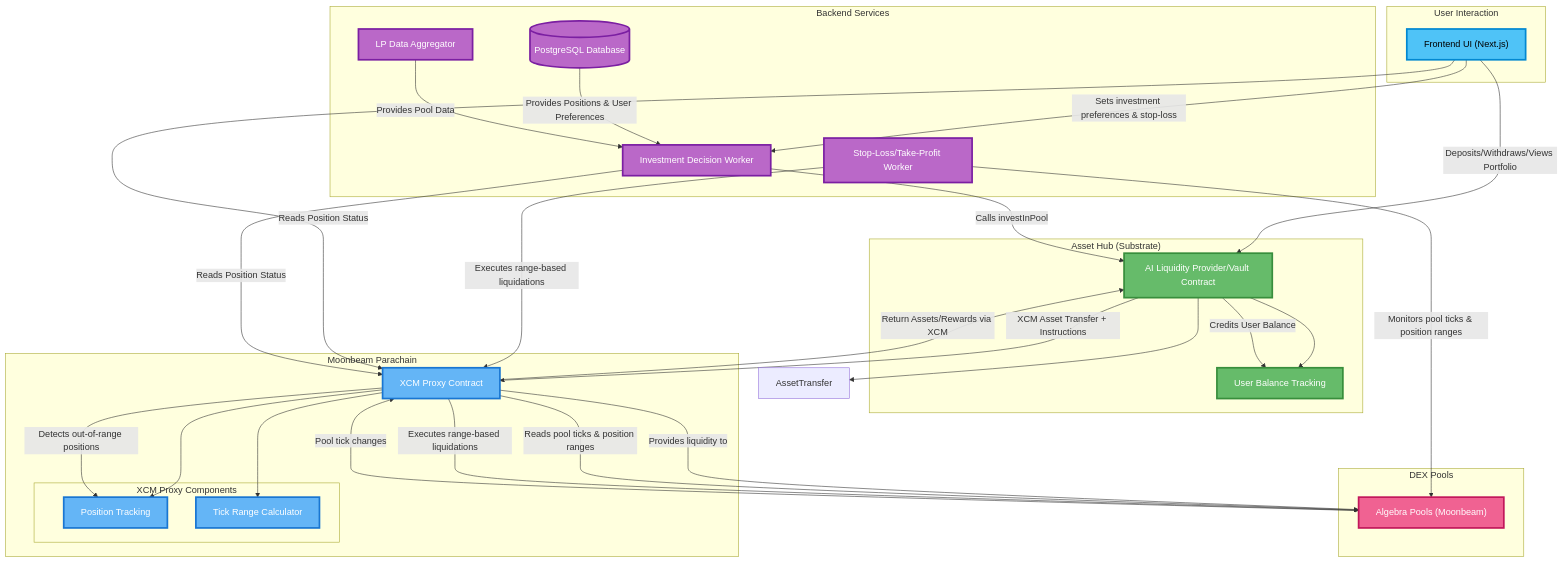
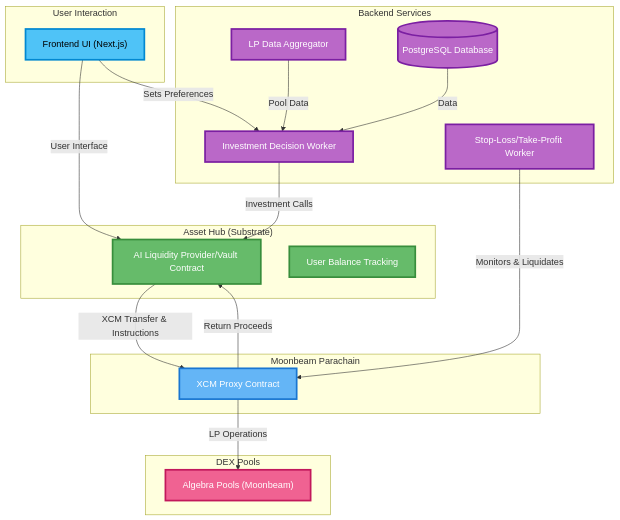
The diagram in applications/LiquiDot.md (w3f/Grants-Program), drawn with Mermaid before and after one commit.

Commit message:
mermaid refactor

````diff
--- a/applications/LiquiDot.md
+++ b/applications/LiquiDot.md
@@ -29,72 +29,51 @@
 ```mermaid
 graph TB
     subgraph User["User Interaction"]
         Frontend["Frontend UI (Next.js)"]
     end
 
     subgraph Backend["Backend Services"]
         PoolAnalytics["LP Data Aggregator"]
         IDWorker["Investment Decision Worker"]
         StopLossWorker["Stop-Loss/Take-Profit Worker"]
         PostgreSQL[(PostgreSQL Database)]
     end
 
     subgraph AssetHub["Asset Hub (Substrate)"]
         AssetsPallet["AI Liquidity Provider/Vault Contract"]
         UserBalances["User Balance Tracking"]
     end
 
     subgraph Moonbeam["Moonbeam Parachain"]
         XCMProxy["XCM Proxy Contract"]
-        subgraph XCMProxyComponents["XCM Proxy Components"]
-            PositionTracking["Position Tracking"]
-            RangeCalculator["Tick Range Calculator"]
-        end
     end
 
     subgraph DEXes["DEX Pools"]
         AlgebraPools["Algebra Pools (Moonbeam)"]
     end
 
-    Frontend -->|Deposits/Withdraws/Views Portfolio| AssetsPallet
-    Frontend -->|Sets investment preferences & stop-loss| IDWorker
+    Frontend -->|User Interface| AssetsPallet
+    Frontend -->|Sets Preferences| IDWorker
 
-    AssetsPallet --> UserBalances
-    AssetsPallet --> AssetTransfer
+    PostgreSQL -->|Data| IDWorker
+    PoolAnalytics -->|Pool Data| IDWorker
+    IDWorker -->|Investment Calls| AssetsPallet
 
-    PostgreSQL -->|Provides Positions & User Preferences| IDWorker
-    PoolAnalytics -->|Provides Pool Data| IDWorker
-    IDWorker -->|Calls investInPool| AssetsPallet
+    AssetsPallet -->|XCM Transfer & Instructions| XCMProxy
+    XCMProxy -->|LP Operations| AlgebraPools
+    XCMProxy -->|Return Proceeds| AssetsPallet
 
-    StopLossWorker -->|Monitors pool ticks & position ranges| AlgebraPools
-    StopLossWorker -->|Executes range-based liquidations| XCMProxy
-
-    AssetsPallet -->|XCM Asset Transfer + Instructions| XCMProxy
-
-    XCMProxy --> PositionTracking
-    XCMProxy --> RangeCalculator
-    XCMProxy -->|Provides liquidity to| AlgebraPools
-    XCMProxy -->|Reads pool ticks & position ranges| AlgebraPools
-
-    AlgebraPools -->|Pool tick changes| XCMProxy
-    XCMProxy -->|Detects out-of-range positions| PositionTracking
-    XCMProxy -->|Executes range-based liquidations| AlgebraPools
-
-    XCMProxy -->|Return Assets/Rewards via XCM| AssetsPallet
-    AssetsPallet -->|Credits User Balance| UserBalances
-
-    Frontend -->|Reads Position Status| XCMProxy
-    IDWorker -->|Reads Position Status| XCMProxy
+    StopLossWorker -->|Monitors & Liquidates| XCMProxy
 
     classDef userLayer fill:#4fc3f7,stroke:#0288d1,stroke-width:3px,color:#000
     classDef backendLayer fill:#ba68c8,stroke:#7b1fa2,stroke-width:3px,color:#fff
     classDef assetHubLayer fill:#66bb6a,stroke:#388e3c,stroke-width:3px,color:#fff
     classDef moonbeamLayer fill:#64b5f6,stroke:#1976d2,stroke-width:3px,color:#fff
     classDef dexLayer fill:#f06292,stroke:#c2185b,stroke-width:3px,color:#fff
 
     class Frontend userLayer
     class PoolAnalytics,IDWorker,StopLossWorker,PostgreSQL backendLayer
     class AssetsPallet,UserBalances assetHubLayer
-    class XCMProxy,PositionTracking,RangeCalculator moonbeamLayer
+    class XCMProxy moonbeamLayer
     class AlgebraPools dexLayer
 ```
````
